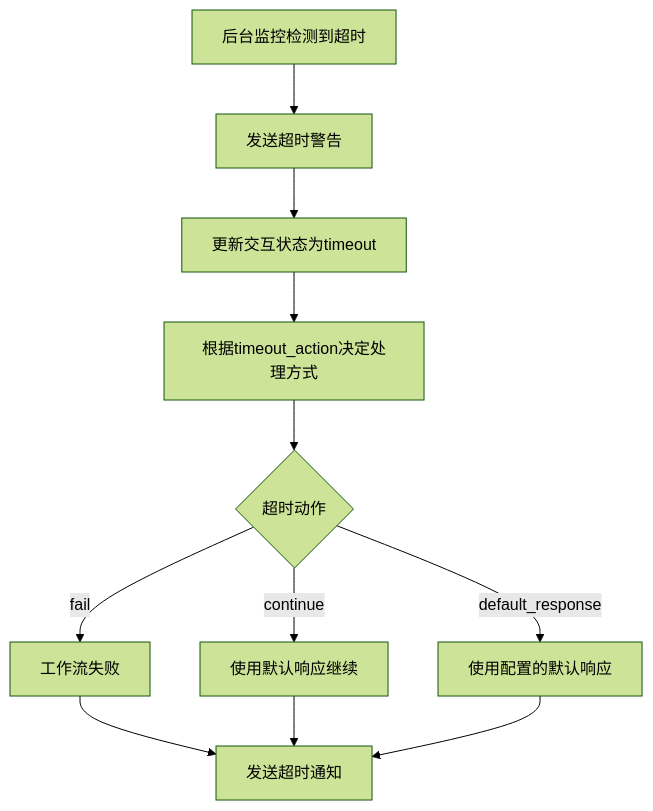
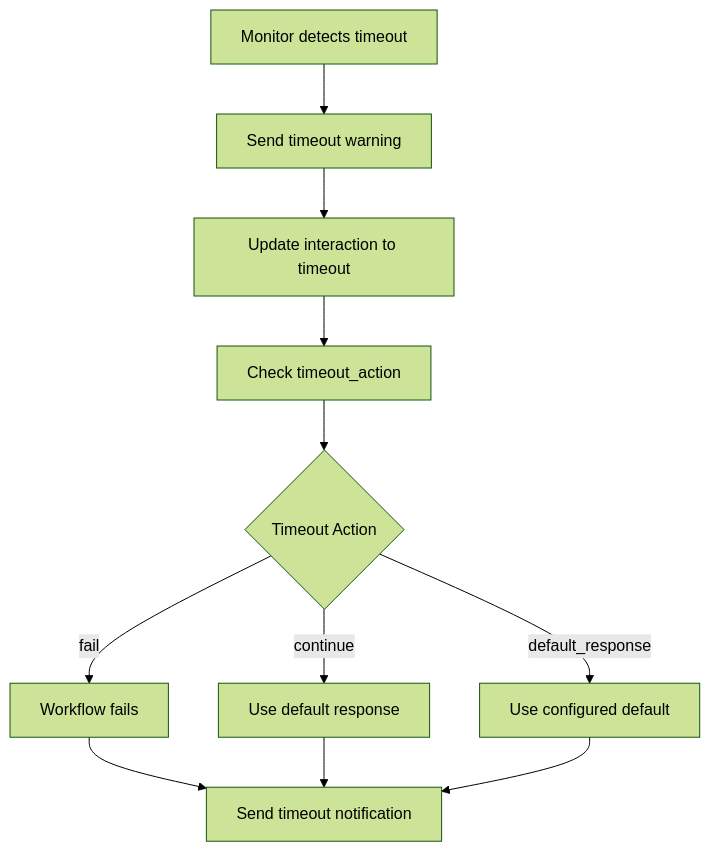
One commit to CurvatureX/agent_team_monorepo changed the fifth of 5 diagrams in docs/tech-design/new_workflow_spec.md. Above: the diagram before and after it, drawn with Mermaid (forest theme). The commit also changed other lines of this file and 22 other files, not shown here.

````diff
--- a/docs/tech-design/new_workflow_spec.md
+++ b/docs/tech-design/new_workflow_spec.md
@@ -1080,13 +1343,13 @@
 ```mermaid
 graph TD
-    A[后台监控检测到超时] --> B[发送超时警告]
-    B --> C[更新交互状态为timeout]
-    C --> D[根据timeout_action决定处理方式]
-    D --> E{超时动作}
-    E -->|fail| F[工作流失败]
-    E -->|continue| G[使用默认响应继续]
-    E -->|default_response| H[使用配置的默认响应]
-    F --> I[发送超时通知]
+    A[Monitor detects timeout] --> B[Send timeout warning]
+    B --> C[Update interaction to timeout]
+    C --> D[Check timeout_action]
+    D --> E{Timeout Action}
+    E -->|fail| F[Workflow fails]
+    E -->|continue| G[Use default response]
+    E -->|default_response| H[Use configured default]
+    F --> I[Send timeout notification]
     G --> I
     H --> I
 ```
````
